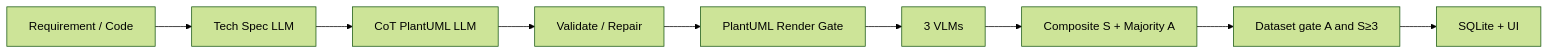
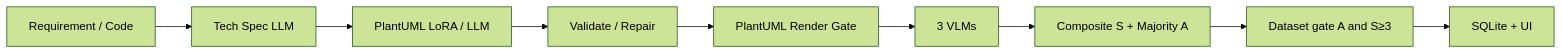
The diagram in README.md (dipak5501/uml-generation-pipeline), drawn with Mermaid (forest theme) before and after one commit. The commit also changed other lines of this file and 68 other files, not shown here.

````diff
--- a/README.md
+++ b/README.md
@@ -12,11 +40,11 @@
 ```mermaid
 flowchart LR
- A[Requirement / Code] --> B[Tech Spec LLM]
- B --> C[CoT PlantUML LLM]
- C --> D[Validate / Repair]
- D --> E[PlantUML Render Gate]
- E --> F[3 VLMs]
- F --> G[Composite S + Majority A]
- G --> H[Dataset gate A and S≥3]
- H --> I[SQLite + UI]
+  A[Requirement / Code] --> B[Tech Spec LLM]
+  B --> C[PlantUML LoRA / LLM]
+  C --> D[Validate / Repair]
+  D --> E[PlantUML Render Gate]
+  E --> F[3 VLMs]
+  F --> G[Composite S + Majority A]
+  G --> H[Dataset gate A and S≥3]
+  H --> I[SQLite + UI]
 ```
````
